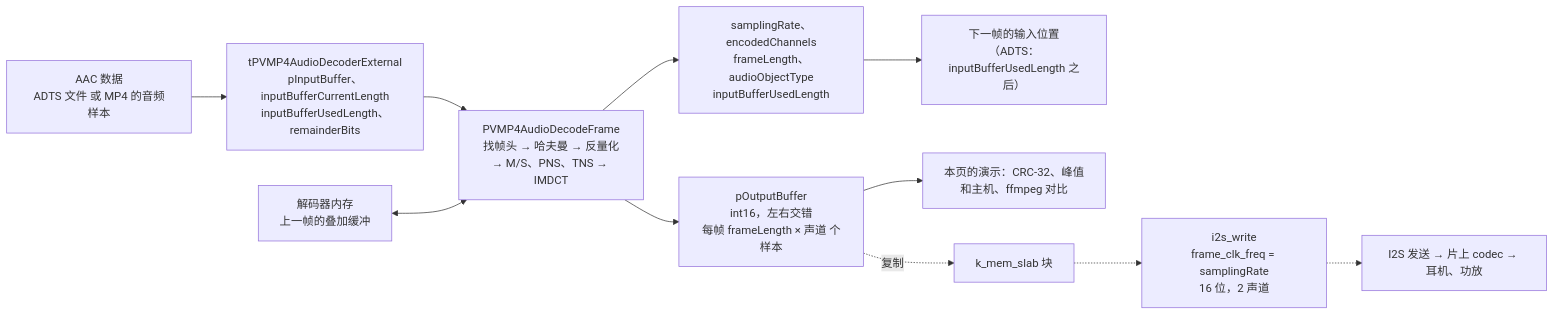
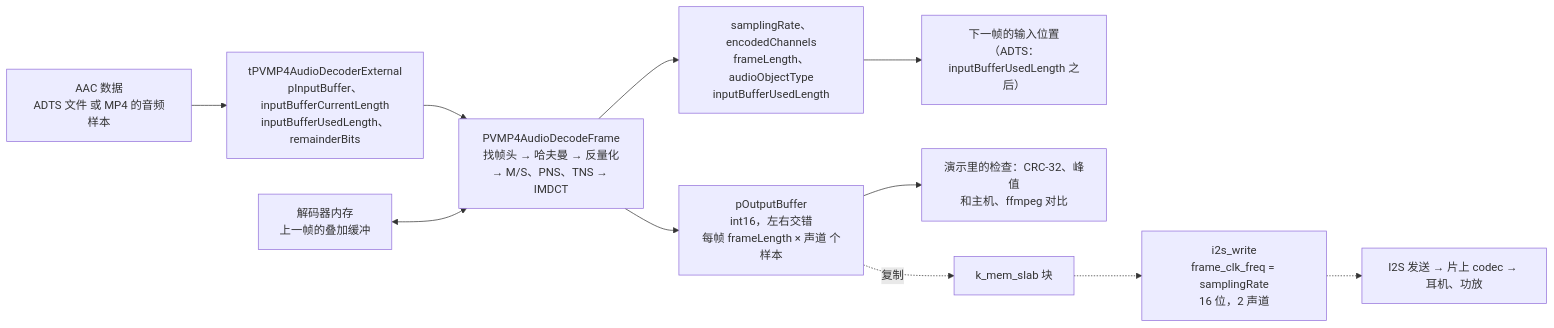
Before and after one commit to YuzukiHD/YuzukiNeko: the second of 2 diagrams in docs/src/content/docs/dev/zephyr/components/aac.md, drawn with Mermaid. The commit also changed other lines of this file and 39 other files, not shown here.

````diff
--- a/docs/src/content/docs/dev/zephyr/components/aac.md
+++ b/docs/src/content/docs/dev/zephyr/components/aac.md
@@ -49,13 +39,13 @@
 ```mermaid
 flowchart LR
     SRC["AAC 数据<br/>ADTS 文件 或 MP4 的音频样本"] --> IN["tPVMP4AudioDecoderExternal<br/>pInputBuffer、inputBufferCurrentLength<br/>inputBufferUsedLength、remainderBits"]
     IN --> DEC["PVMP4AudioDecodeFrame<br/>找帧头 → 哈夫曼 → 反量化<br/>→ M/S、PNS、TNS → IMDCT"]
     STATE["解码器内存<br/>上一帧的叠加缓冲"] <--> DEC
     DEC --> PCM["pOutputBuffer<br/>int16，左右交错<br/>每帧 frameLength × 声道 个样本"]
     DEC --> INFO["samplingRate、encodedChannels<br/>frameLength、audioObjectType<br/>inputBufferUsedLength"]
     INFO --> NEXT["下一帧的输入位置<br/>（ADTS：inputBufferUsedLength 之后）"]
-    PCM --> CHECK["本页的演示：CRC-32、峰值<br/>和主机、ffmpeg 对比"]
+    PCM --> CHECK["演示里的检查：CRC-32、峰值<br/>和主机、ffmpeg 对比"]
     PCM -.复制.-> SLAB["k_mem_slab 块"]
     SLAB -.-> I2S["i2s_write<br/>frame_clk_freq = samplingRate<br/>16 位，2 声道"]
     I2S -.-> CODEC["I2S 发送 → 片上 codec → 耳机、功放"]
 ```
````
